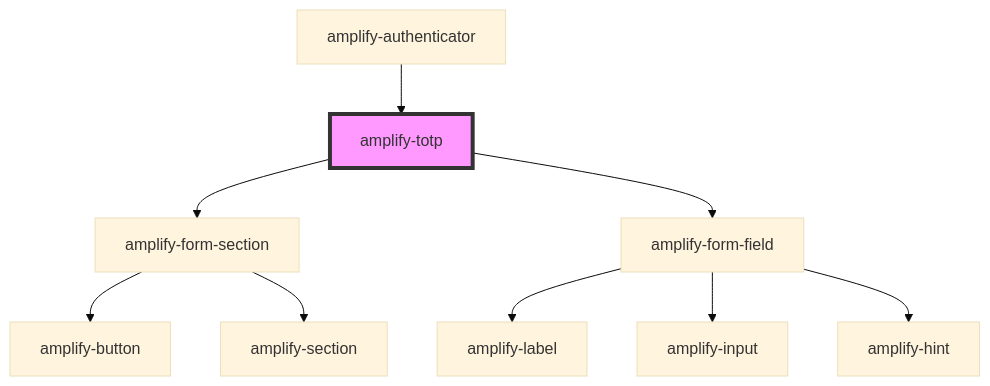
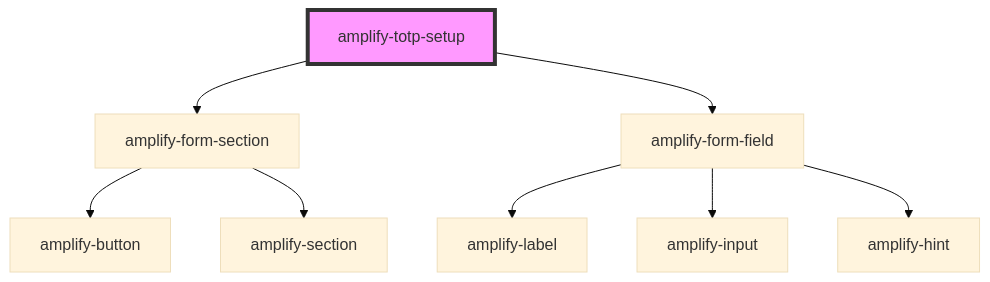
One commit to aws-amplify/amplify-js changed the diagram in packages/amplify-ui-components/src/components/amplify-totp-setup/readme.md. Above: the diagram before and after it, drawn with Mermaid (base theme). The commit also changed other lines of this file and 12 other files, not shown here.

````diff
--- a/packages/amplify-ui-components/src/components/amplify-totp-setup/readme.md
+++ b/packages/amplify-ui-components/src/components/amplify-totp-setup/readme.md
@@ -30,12 +26,11 @@
 ```mermaid
 graph TD;
-  amplify-totp --> amplify-form-section
-  amplify-totp --> amplify-form-field
+  amplify-totp-setup --> amplify-form-section
+  amplify-totp-setup --> amplify-form-field
   amplify-form-section --> amplify-button
   amplify-form-section --> amplify-section
   amplify-form-field --> amplify-label
   amplify-form-field --> amplify-input
   amplify-form-field --> amplify-hint
-  amplify-authenticator --> amplify-totp
-  style amplify-totp fill:#f9f,stroke:#333,stroke-width:4px
+  style amplify-totp-setup fill:#f9f,stroke:#333,stroke-width:4px
 ```
````
